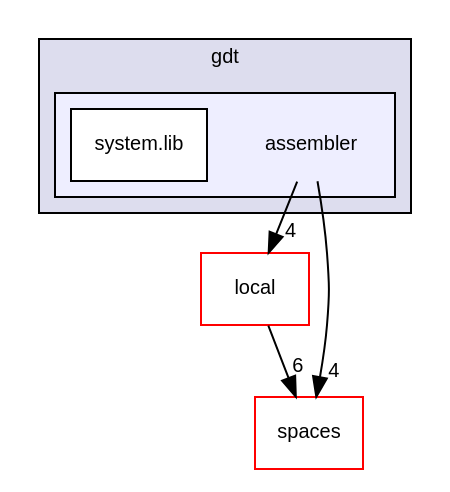
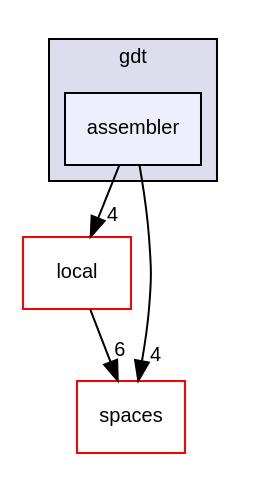
Before and after one commit to dune-community/dune-community.github.io: the diagram in docs/dune-gdt/master/dir_4c554f9d783d63f5e41bbf46d8f2008d_dep.dot, drawn with Graphviz. The commit also changed 3985 other files, not shown here.

```diff
--- a/docs/dune-gdt/master/dir_4c554f9d783d63f5e41bbf46d8f2008d_dep.dot
+++ b/docs/dune-gdt/master/dir_4c554f9d783d63f5e41bbf46d8f2008d_dep.dot
@@ -1,18 +1,14 @@
 digraph "assembler" {
   compound=true
   node [ fontsize="10", fontname="Helvetica"];
   edge [ labelfontsize="10", labelfontname="Helvetica"];
   subgraph clusterdir_34906b46abd2322068aa0195bd244708 {
     graph [ bgcolor="#ddddee", pencolor="black", label="gdt" fontname="Helvetica", fontsize="10", URL="dir_34906b46abd2322068aa0195bd244708.html"]
-  subgraph clusterdir_4c554f9d783d63f5e41bbf46d8f2008d {
-    graph [ bgcolor="#eeeeff", pencolor="black", label="" URL="dir_4c554f9d783d63f5e41bbf46d8f2008d.html"];
-    dir_4c554f9d783d63f5e41bbf46d8f2008d [shape=plaintext label="assembler"];
-    dir_6e529196474358cb89d99b8b6f3c1d67 [shape=box label="system.lib" color="black" fillcolor="white" style="filled" URL="dir_6e529196474358cb89d99b8b6f3c1d67.html"];
-  }
+  dir_4c554f9d783d63f5e41bbf46d8f2008d [shape=box, label="assembler", style="filled", fillcolor="#eeeeff", pencolor="black", URL="dir_4c554f9d783d63f5e41bbf46d8f2008d.html"];
   }
   dir_e5964b6fd5a6d82d96e1215fe4a1a66d [shape=box label="local" fillcolor="white" style="filled" color="red" URL="dir_e5964b6fd5a6d82d96e1215fe4a1a66d.html"];
   dir_43d0cc378a1b7044a9ebea179385123e [shape=box label="spaces" fillcolor="white" style="filled" color="red" URL="dir_43d0cc378a1b7044a9ebea179385123e.html"];
-  dir_e5964b6fd5a6d82d96e1215fe4a1a66d->dir_43d0cc378a1b7044a9ebea179385123e [headlabel="6", labeldistance=1.5 headhref="dir_000012_000009.html"];
-  dir_4c554f9d783d63f5e41bbf46d8f2008d->dir_e5964b6fd5a6d82d96e1215fe4a1a66d [headlabel="4", labeldistance=1.5 headhref="dir_000007_000012.html"];
-  dir_4c554f9d783d63f5e41bbf46d8f2008d->dir_43d0cc378a1b7044a9ebea179385123e [headlabel="4", labeldistance=1.5 headhref="dir_000007_000009.html"];
+  dir_e5964b6fd5a6d82d96e1215fe4a1a66d->dir_43d0cc378a1b7044a9ebea179385123e [headlabel="6", labeldistance=1.5 headhref="dir_000007_000014.html"];
+  dir_4c554f9d783d63f5e41bbf46d8f2008d->dir_e5964b6fd5a6d82d96e1215fe4a1a66d [headlabel="4", labeldistance=1.5 headhref="dir_000015_000007.html"];
+  dir_4c554f9d783d63f5e41bbf46d8f2008d->dir_43d0cc378a1b7044a9ebea179385123e [headlabel="4", labeldistance=1.5 headhref="dir_000015_000014.html"];
 }
```
